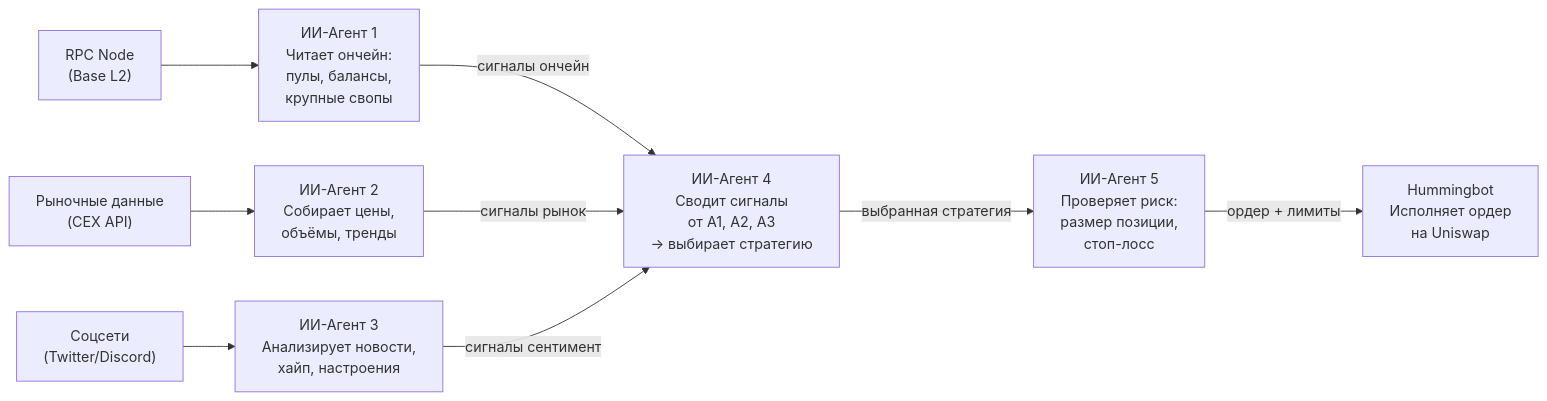
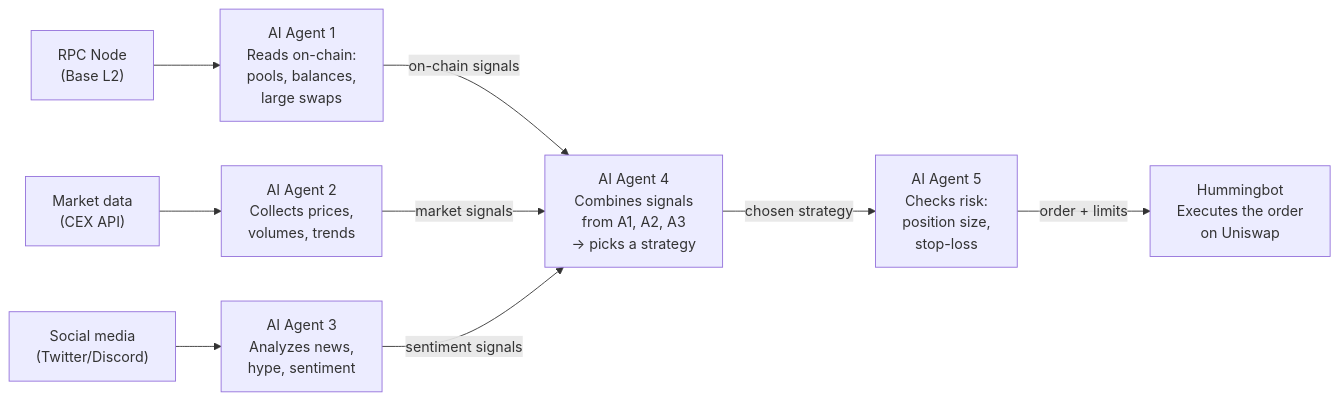
Before and after one commit to Distributed-Validators-Synctems/AI-School: the diagram in AI-crypto-trading.md, drawn with Mermaid. The commit also changed other lines of this file and 3 other files, not shown here.

````diff
--- a/AI-crypto-trading.md
+++ b/AI-crypto-trading.md
@@ -40,26 +40,26 @@
 ```mermaid
 flowchart LR
     RPC["RPC Node<br/>(Base L2)"]
-    CEX["Рыночные данные<br/>(CEX API)"]
-    SOCIAL["Соцсети<br/>(Twitter/Discord)"]
+    CEX["Market data<br/>(CEX API)"]
+    SOCIAL["Social media<br/>(Twitter/Discord)"]
 
-    A1["ИИ-Агент 1<br/>Читает ончейн:<br/>пулы, балансы,<br/>крупные свопы"]
-    A2["ИИ-Агент 2<br/>Собирает цены,<br/>объёмы, тренды"]
-    A3["ИИ-Агент 3<br/>Анализирует новости,<br/>хайп, настроения"]
+    A1["AI Agent 1<br/>Reads on-chain:<br/>pools, balances,<br/>large swaps"]
+    A2["AI Agent 2<br/>Collects prices,<br/>volumes, trends"]
+    A3["AI Agent 3<br/>Analyzes news,<br/>hype, sentiment"]
 
-    A4["ИИ-Агент 4<br/>Сводит сигналы<br/>от A1, A2, A3<br/>→ выбирает стратегию"]
-    A5["ИИ-Агент 5<br/>Проверяет риск:<br/>размер позиции,<br/>стоп-лосс"]
+    A4["AI Agent 4<br/>Combines signals<br/>from A1, A2, A3<br/>→ picks a strategy"]
+    A5["AI Agent 5<br/>Checks risk:<br/>position size,<br/>stop-loss"]
 
-    EXEC["Hummingbot<br/>Исполняет ордер<br/>на Uniswap"]
+    EXEC["Hummingbot<br/>Executes the order<br/>on Uniswap"]
 
     RPC --> A1
     CEX --> A2
     SOCIAL --> A3
 
-    A1 -->|"сигналы ончейн"| A4
-    A2 -->|"сигналы рынок"| A4
-    A3 -->|"сигналы сентимент"| A4
+    A1 -->|"on-chain signals"| A4
+    A2 -->|"market signals"| A4
+    A3 -->|"sentiment signals"| A4
 
-    A4 -->|"выбранная стратегия"| A5
-    A5 -->|"ордер + лимиты"| EXEC
+    A4 -->|"chosen strategy"| A5
+    A5 -->|"order + limits"| EXEC
 ```
````
